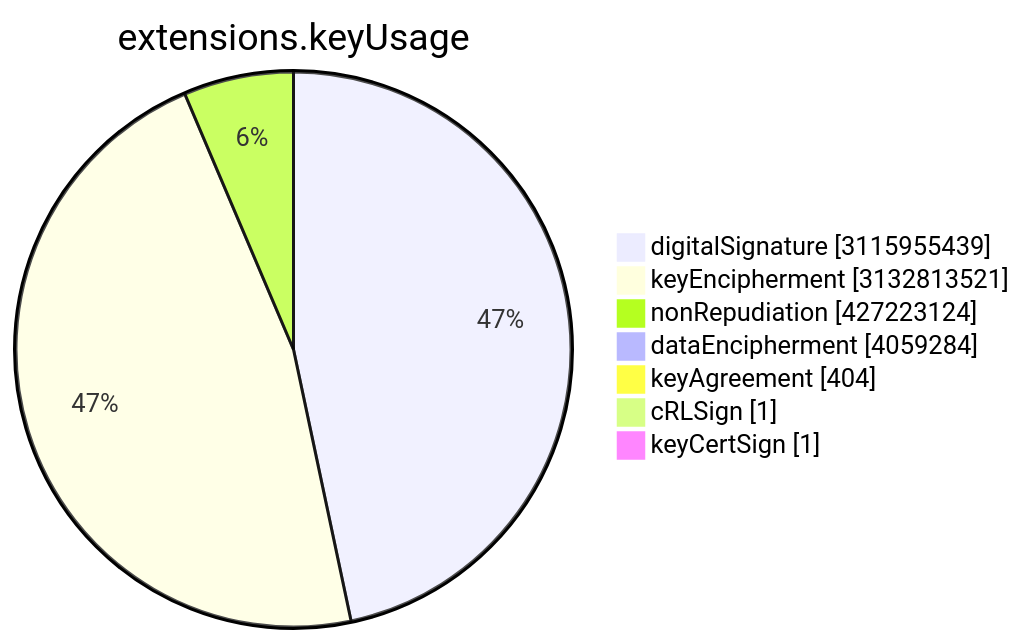
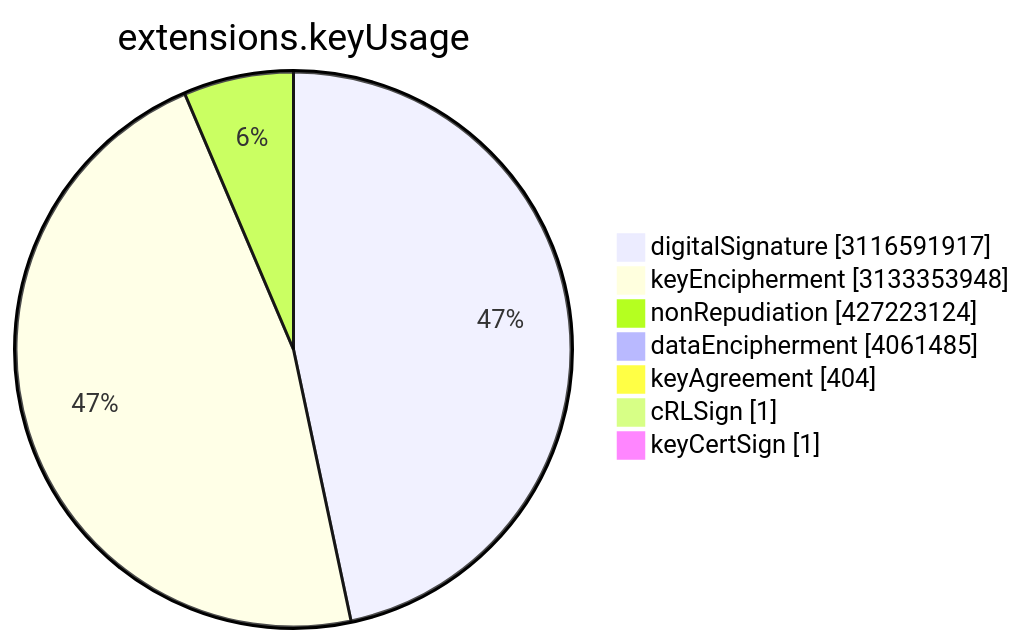
Before and after one commit to christiankrug/ctmonitor_visualization: the sixth of 15 diagrams in TOTAL/README.md, drawn with Mermaid. The commit also changed other lines of this file, not shown here.

````diff
--- a/TOTAL/README.md
+++ b/TOTAL/README.md
@@ -3077,11 +3077,11 @@
 ```mermaid
 pie showData
 title extensions.keyUsage
-"digitalSignature" :3115955439
-"keyEncipherment" :3132813521
+"digitalSignature" :3116591917
+"keyEncipherment" :3133353948
 "nonRepudiation" :427223124
-"dataEncipherment" :4059284
+"dataEncipherment" :4061485
 "keyAgreement" :404
 "cRLSign" :1
 "keyCertSign" :1
 ```
````
